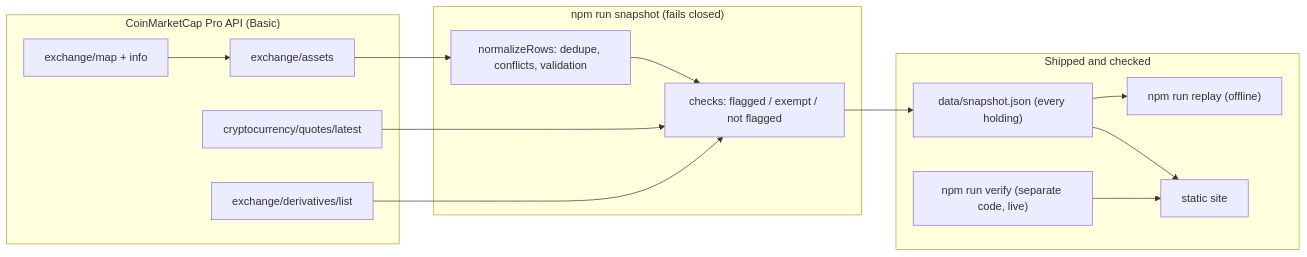
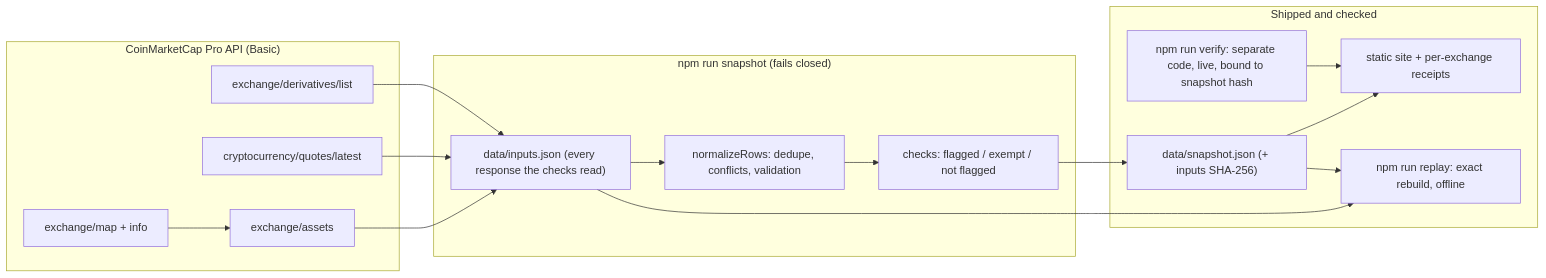
One commit to Cassxbt/backed changed the diagram in README.md. Above: the diagram before and after it, drawn with Mermaid. The commit also changed other lines of this file and 1 other file, not shown here.

Commit message:
README for the replay contract

````diff
--- a/README.md
+++ b/README.md
@@ -137,20 +141,21 @@
 ```mermaid
 flowchart LR
   subgraph CMC["CoinMarketCap Pro API (Basic)"]
     A["exchange/map + info"] --> B["exchange/assets"]
     Q["cryptocurrency/quotes/latest"]
     D["exchange/derivatives/list"]
   end
   subgraph Pipeline["npm run snapshot (fails closed)"]
-    N["normalizeRows: dedupe, conflicts, validation"] --> K["checks: flagged / exempt / not flagged"]
+    I["data/inputs.json (every response the checks read)"] --> N["normalizeRows: dedupe, conflicts, validation"] --> K["checks: flagged / exempt / not flagged"]
   end
   subgraph Proof["Shipped and checked"]
-    S["data/snapshot.json (every holding)"] --> R["npm run replay (offline)"]
-    S --> W["static site"]
-    V["npm run verify (separate code, live)"] --> W
+    S["data/snapshot.json (+ inputs SHA-256)"] --> W["static site + per-exchange receipts"]
+    I --> R["npm run replay: exact rebuild, offline"]
+    S --> R
+    V["npm run verify: separate code, live, bound to snapshot hash"] --> W
   end
-  B --> N
-  Q --> K
-  D --> K
+  B --> I
+  Q --> I
+  D --> I
   K --> S
 ```
````
